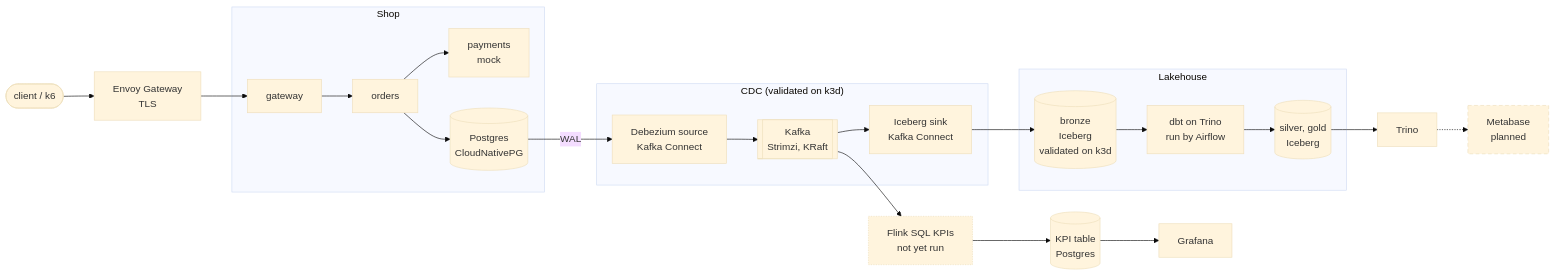
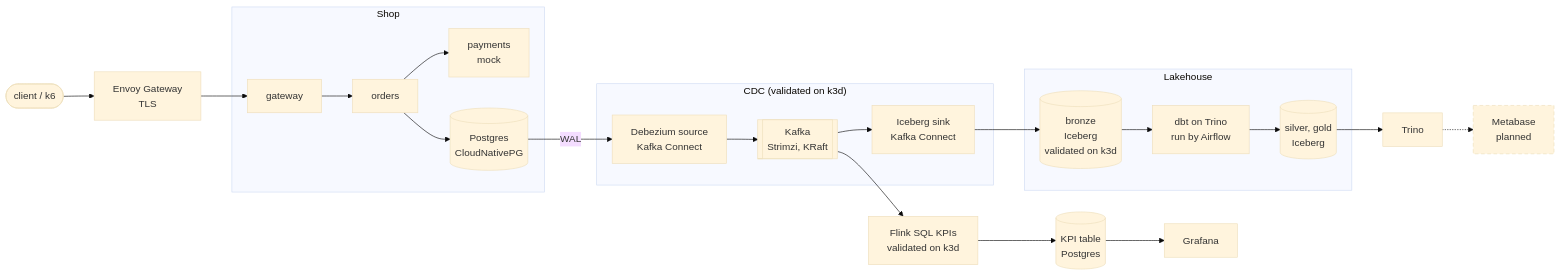
The first of 2 diagrams in README.md (winthebest/shopflow), drawn with Mermaid (base theme) before and after one commit. The commit also changed other lines of this file, not shown here.

First line of the commit message:
docs(readme): Flink realtime KPIs validated on k3d (#178)

````diff
--- a/README.md
+++ b/README.md
@@ -35,21 +35,20 @@
 ```mermaid
 flowchart LR
   client([client / k6]) --> edge[Envoy Gateway<br/>TLS]
   subgraph shop [Shop]
     gw[gateway] --> orders[orders] --> pay[payments<br/>mock]
     orders --> pg[(Postgres<br/>CloudNativePG)]
   end
   edge --> gw
   subgraph cdc ["CDC (validated on k3d)"]
     dbz[Debezium source<br/>Kafka Connect] --> kafka[[Kafka<br/>Strimzi, KRaft]] --> sink[Iceberg sink<br/>Kafka Connect]
   end
   pg -- WAL --> dbz
   subgraph lake [Lakehouse]
     bronze[(bronze<br/>Iceberg<br/>validated on k3d)] --> dbt[dbt on Trino<br/>run by Airflow] --> gold[(silver, gold<br/>Iceberg)]
   end
   sink --> bronze
   gold --> trino[Trino] -.-> mb[Metabase<br/>planned]:::planned
-  kafka --> flink[Flink SQL KPIs<br/>not yet run]:::wip --> kpi[(KPI table<br/>Postgres)] --> graf[Grafana]
+  kafka --> flink[Flink SQL KPIs<br/>validated on k3d] --> kpi[(KPI table<br/>Postgres)] --> graf[Grafana]
   classDef planned stroke-dasharray: 6 4
-  classDef wip stroke-dasharray: 2 2
 ```
````
